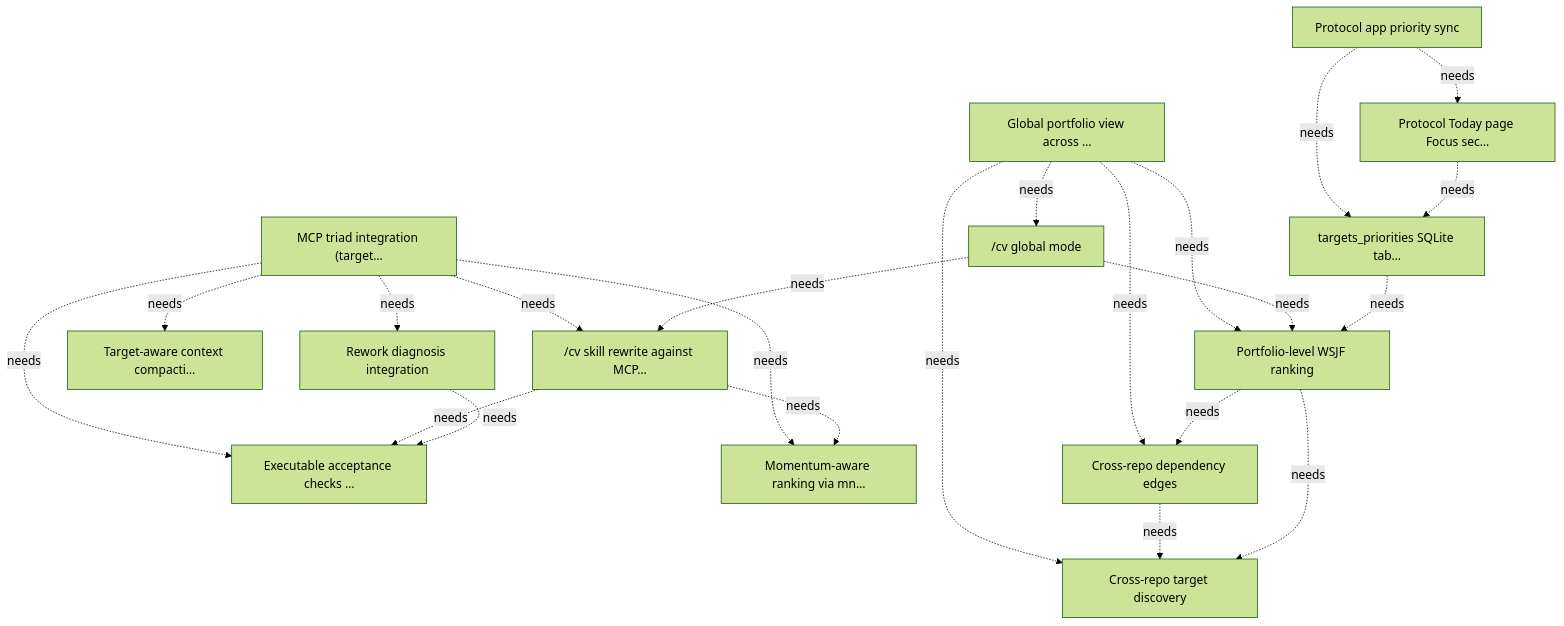
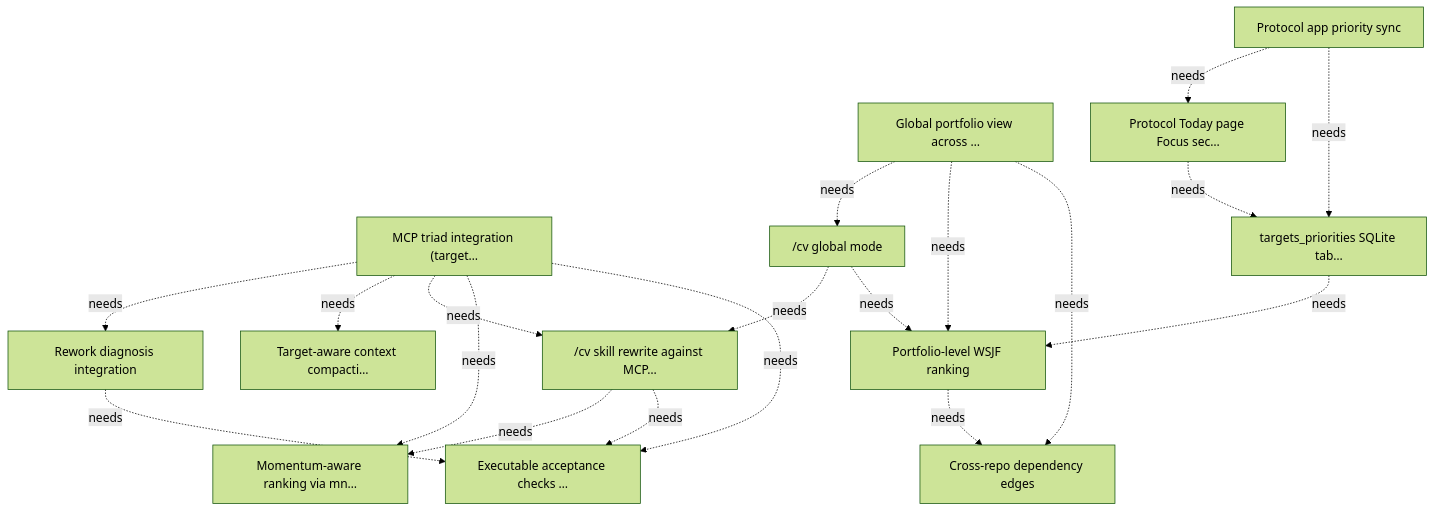
The diagram in docs/targets.md (marcelocantos/bullseye), drawn with Mermaid (forest theme) before and after one commit. The commit also changed other lines of this file and 6 other files, not shown here.

First line of the commit message:
Add bullseye_portfolio tool for cross-repo target discovery (#6)

````diff
--- a/docs/targets.md
+++ b/docs/targets.md
@@ -367,38 +369,34 @@
 ```mermaid
 graph TD
     T1["MCP triad integration (target…"]
     T1_1["Executable acceptance checks …"]
     T1_2["Momentum-aware ranking via mn…"]
     T1_3["/cv skill rewrite against MCP…"]
     T1_4["Target-aware context compacti…"]
     T1_5["Rework diagnosis integration"]
     T2["Global portfolio view across …"]
-    T2_1["Cross-repo target discovery"]
     T2_2["Cross-repo dependency edges"]
     T2_3["Portfolio-level WSJF ranking"]
     T2_4["/cv global mode"]
     T3["Protocol app priority sync"]
     T3_1["targets_priorities SQLite tab…"]
     T3_2["Protocol Today page Focus sec…"]
     T1 -.->|needs| T1_1
     T1 -.->|needs| T1_2
     T1 -.->|needs| T1_3
     T1 -.->|needs| T1_4
     T1 -.->|needs| T1_5
     T1_3 -.->|needs| T1_1
     T1_3 -.->|needs| T1_2
     T1_5 -.->|needs| T1_1
-    T2 -.->|needs| T2_1
     T2 -.->|needs| T2_2
     T2 -.->|needs| T2_3
     T2 -.->|needs| T2_4
-    T2_2 -.->|needs| T2_1
-    T2_3 -.->|needs| T2_1
     T2_3 -.->|needs| T2_2
     T2_4 -.->|needs| T2_3
     T2_4 -.->|needs| T1_3
     T3 -.->|needs| T3_1
     T3 -.->|needs| T3_2
     T3_1 -.->|needs| T2_3
     T3_2 -.->|needs| T3_1
 ```
````
